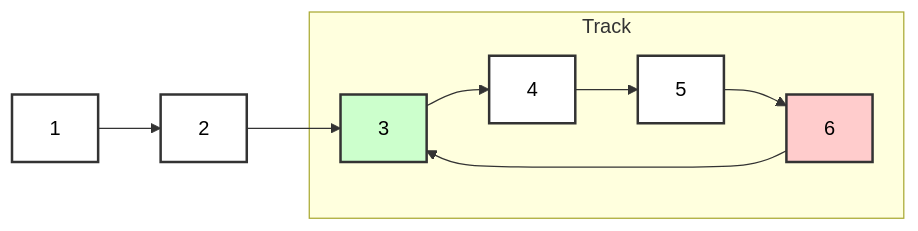
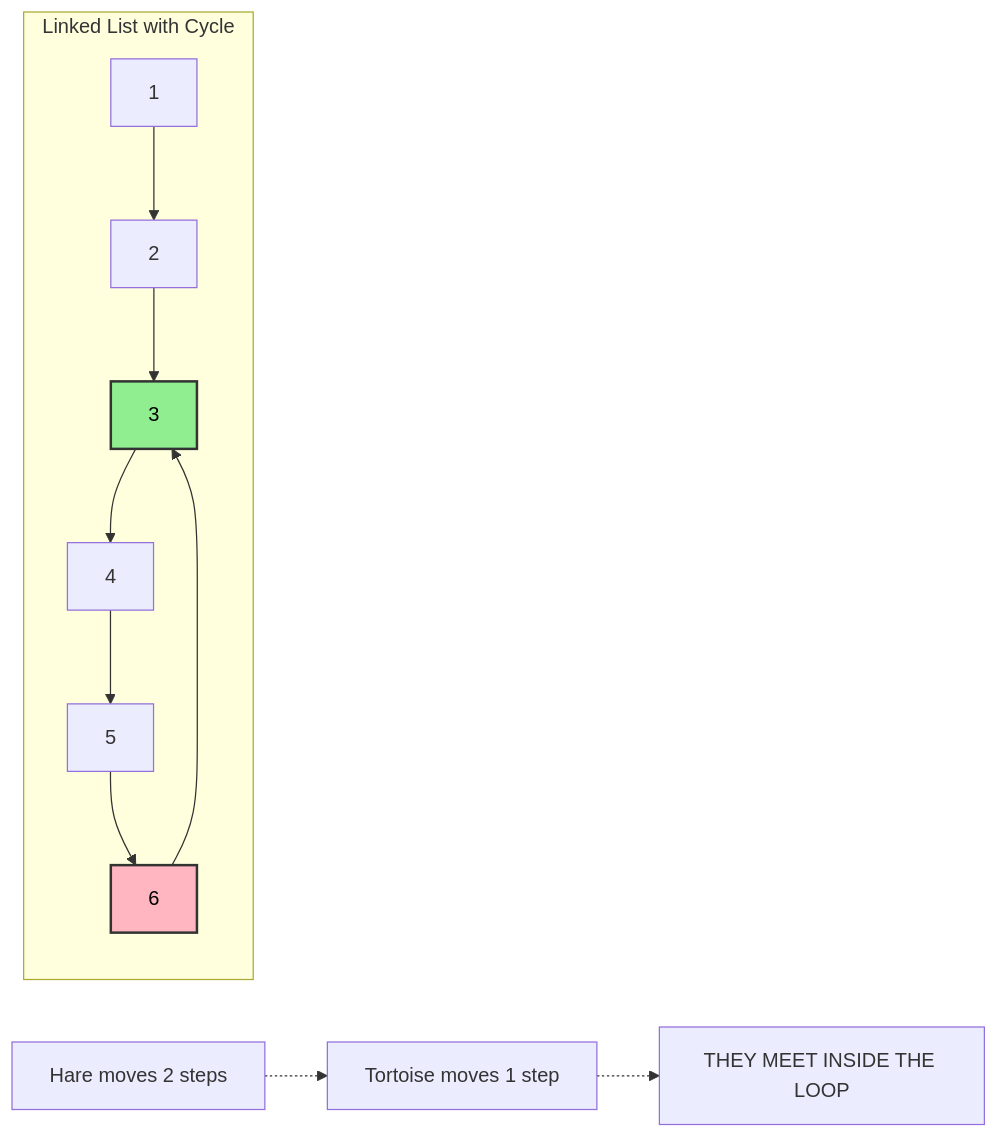
Before and after one commit to ankushtagore/dsa-coding-patterns: the first of 4 diagrams in 03-fast-slow-pointers/README.md, drawn with Mermaid. The commit also changed other lines of this file and 3 other files, not shown here.

````diff
--- a/03-fast-slow-pointers/README.md
+++ b/03-fast-slow-pointers/README.md
@@ -32,21 +71,17 @@
 ```mermaid
 graph LR
-    subgraph Track
-    C[3] --> D[4]
+    subgraph "Linked List with Cycle"
+    A[1] --> B[2]
+    B --> C[3]
+    C --> D[4]
     D --> E[5]
     E --> F[6]
     F --> C
     end
     
-    A[1] --> B[2]
-    B --> C
-
-    style A fill:#ffffff,stroke:#333,stroke-width:2px,color:#000
-    style B fill:#ffffff,stroke:#333,stroke-width:2px,color:#000
-    style C fill:#ccffcc,stroke:#333,stroke-width:2px,color:#000
-    style D fill:#ffffff,stroke:#333,stroke-width:2px,color:#000
-    style E fill:#ffffff,stroke:#333,stroke-width:2px,color:#000
-    style F fill:#ffcccc,stroke:#333,stroke-width:2px,color:#000
-
-    linkStyle default color:#000,stroke:#333
+    style C fill:#90EE90,stroke:#333,stroke-width:2px,color:#000
+    style F fill:#FFB6C1,stroke:#333,stroke-width:2px,color:#000
+    
+    Note1[Hare moves 2 steps] -.-> Note2[Tortoise moves 1 step]
+    Note2 -.-> Note3[THEY MEET INSIDE THE LOOP]
 ```
````
